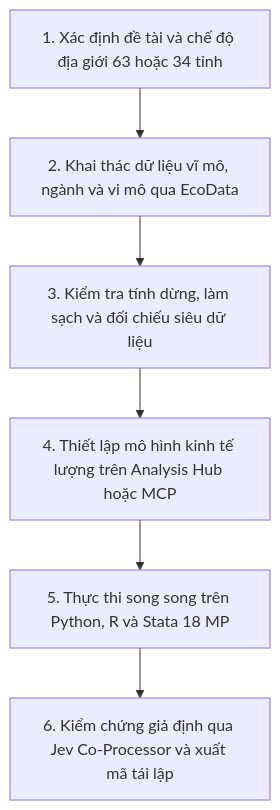
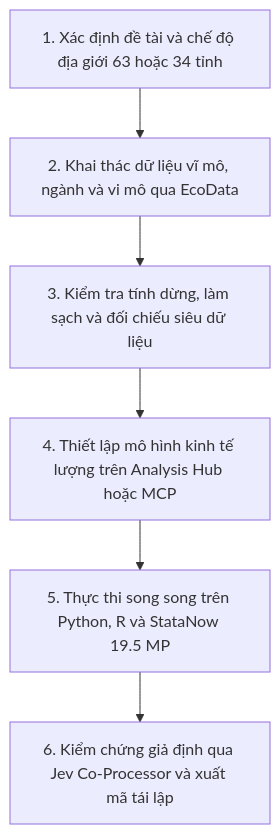
Before and after one commit to vietlod/docs: the diagram in docs/ecodata/overview.mdx, drawn with Mermaid. The commit also changed other lines of this file and 40 other files, not shown here.

Commit message:
docs(aeo,skills): StataNow 19.5 MP 328-model guides, 5-skill copy buttons, and llms.txt

````diff
--- a/docs/ecodata/overview.mdx
+++ b/docs/ecodata/overview.mdx
@@ -376,8 +376,8 @@
 ```mermaid
 flowchart TD
   A["1. Xác định đề tài và chế độ địa giới 63 hoặc 34 tỉnh"] --> B["2. Khai thác dữ liệu vĩ mô, ngành và vi mô qua EcoData"]
   B --> C["3. Kiểm tra tính dừng, làm sạch và đối chiếu siêu dữ liệu"]
   C --> D["4. Thiết lập mô hình kinh tế lượng trên Analysis Hub hoặc MCP"]
-  D --> E["5. Thực thi song song trên Python, R và Stata 18 MP"]
+  D --> E["5. Thực thi song song trên Python, R và StataNow 19.5 MP"]
   E --> F["6. Kiểm chứng giả định qua Jev Co-Processor và xuất mã tái lập"]
 ```
````
